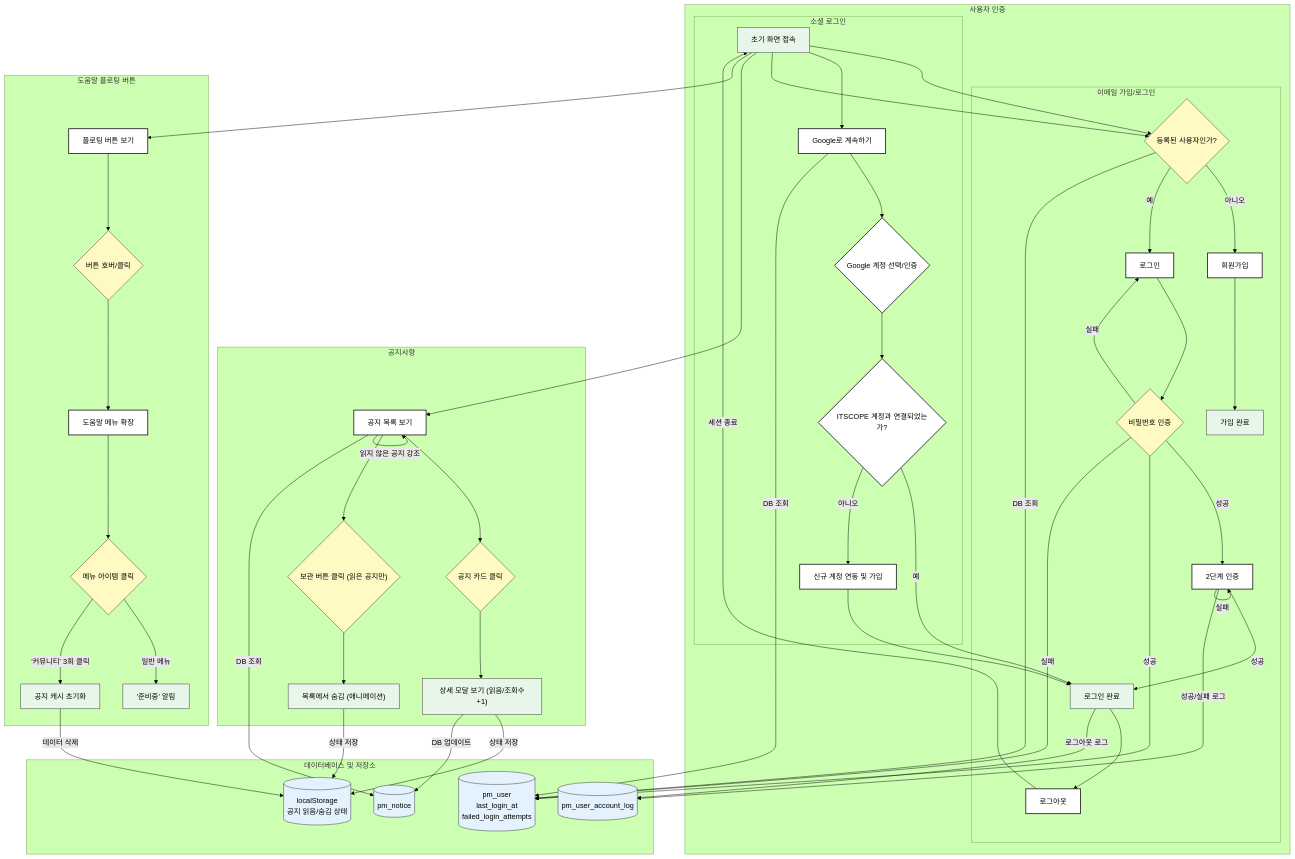
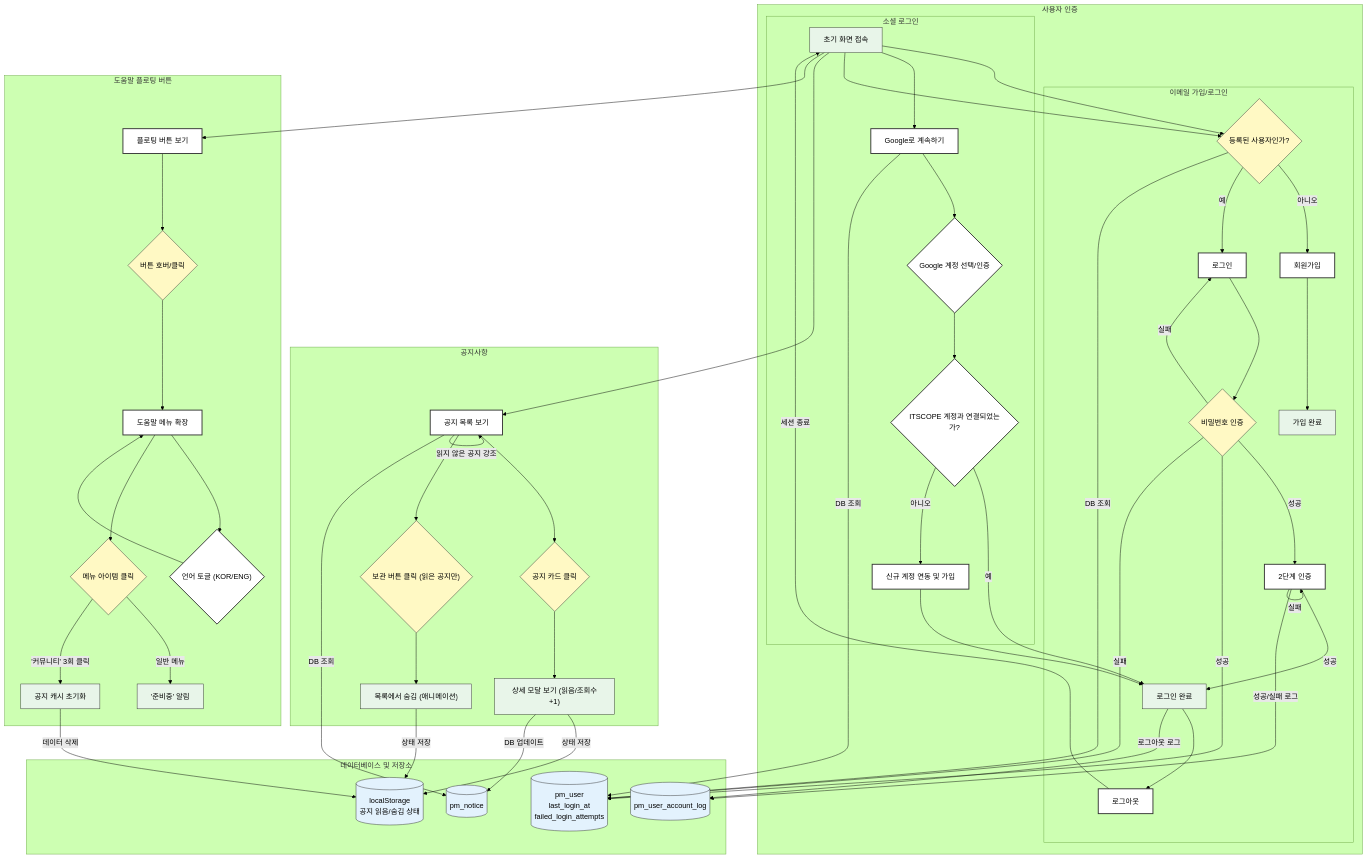
Before and after one commit to GeneratedByAIServices/itscope-app-v1: the diagram in USER_FLOW.md, drawn with Mermaid (forest theme). The commit also changed other lines of this file and 32 other files, not shown here.

```diff
--- a/USER_FLOW.md
+++ b/USER_FLOW.md
@@ -45,6 +45,8 @@
     subgraph "도움말 플로팅 버튼"
         FB1["플로팅 버튼 보기"] --> FB2{"버튼 호버/클릭"};
         FB2 --> FB3["도움말 메뉴 확장"];
+        FB3 --> FB_LANG{"언어 토글 (KOR/ENG)"};
+        FB_LANG --> FB3;
         FB3 --> FB4{"메뉴 아이템 클릭"};
         FB4 -- "일반 메뉴" --> FB5["'준비중' 알림"];
         FB4 -- "'커뮤니티' 3회 클릭" --> FB6["공지 캐시 초기화"];
```
